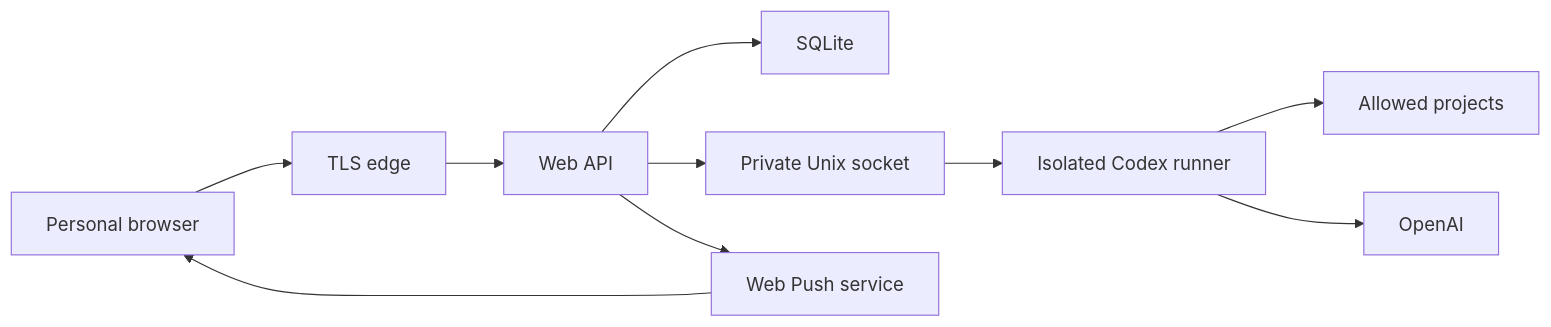
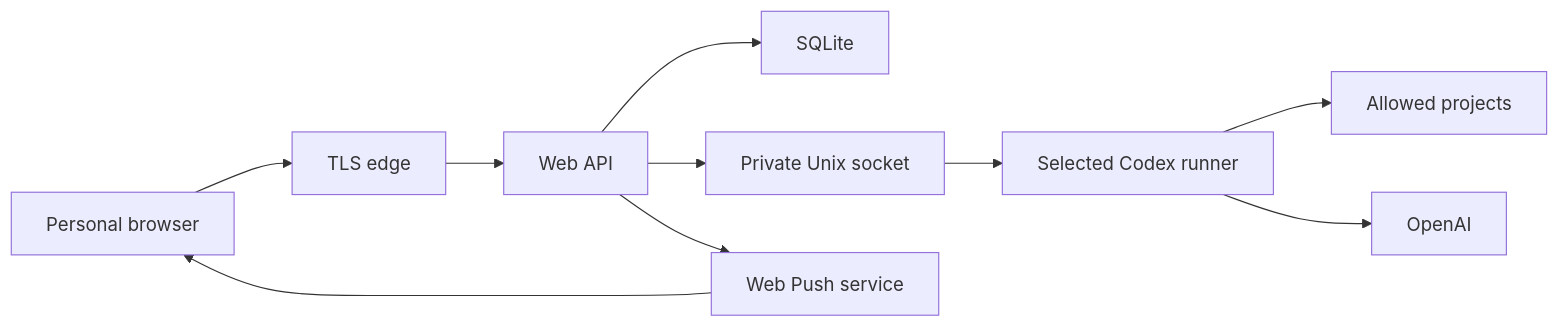
One commit to DemaNFox/codex_cli_ui changed the diagram in docs/Codex_Web_UI-threat-model.md. Above: the diagram before and after it, drawn with Mermaid. The commit also changed other lines of this file and 16 other files, not shown here.

Commit message:
feat: add optional host-admin Codex runner

````diff
--- a/docs/Codex_Web_UI-threat-model.md
+++ b/docs/Codex_Web_UI-threat-model.md
@@ -68,12 +86,12 @@
 ```mermaid
 flowchart LR
   B["Personal browser"] --> E["TLS edge"]
   E --> A["Web API"]
   A --> D["SQLite"]
   A --> S["Private Unix socket"]
-  S --> C["Isolated Codex runner"]
+  S --> C["Selected Codex runner"]
   C --> P["Allowed projects"]
   C --> O["OpenAI"]
   A --> W["Web Push service"]
   W --> B
 ```
````
